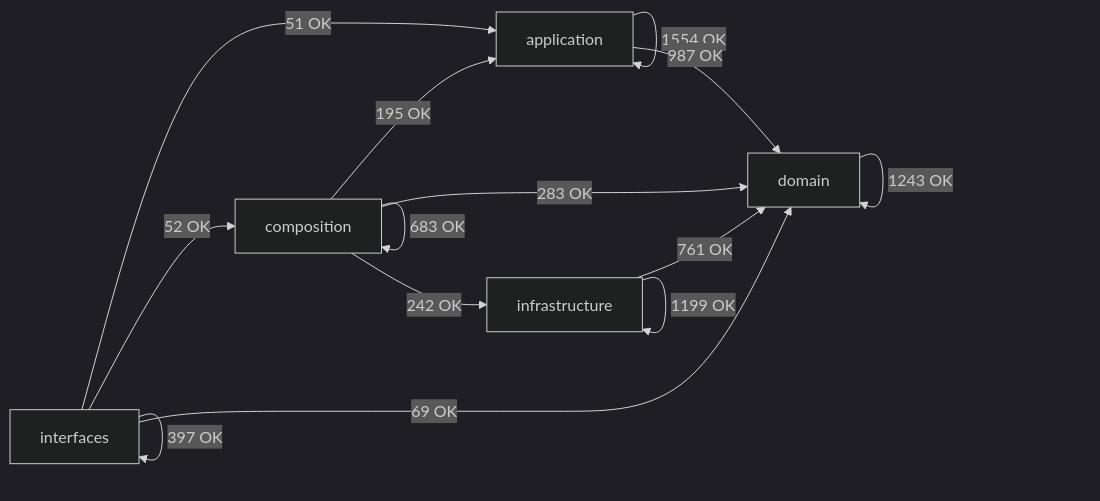
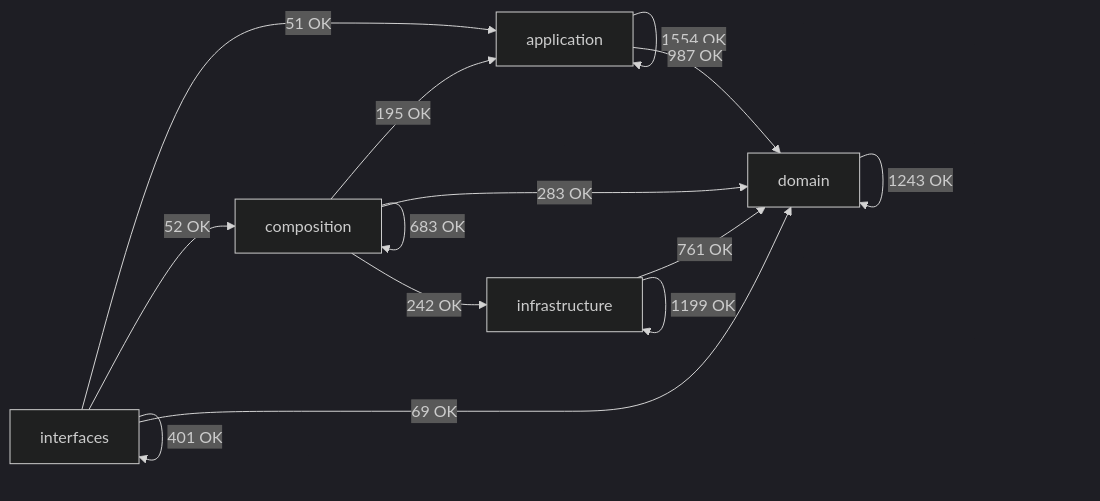
One commit to SatoryKono/BioactivityDataAcquisition changed the diagram in docs/02-architecture/generated/module-dependency-map.md. Above: the diagram before and after it, drawn with Mermaid (dark theme). The commit also changed other lines of this file and 66 other files, not shown here.

````diff
--- a/docs/02-architecture/generated/module-dependency-map.md
+++ b/docs/02-architecture/generated/module-dependency-map.md
@@ -17,21 +17,21 @@
 ```mermaid
 flowchart LR
     domain[domain]
     application[application]
     infrastructure[infrastructure]
     composition[composition]
     interfaces[interfaces]
     application -->|1554 OK| application
     application -->|987 OK| domain
     composition -->|195 OK| application
     composition -->|683 OK| composition
     composition -->|283 OK| domain
     composition -->|242 OK| infrastructure
     domain -->|1243 OK| domain
     infrastructure -->|761 OK| domain
     infrastructure -->|1199 OK| infrastructure
     interfaces -->|51 OK| application
     interfaces -->|52 OK| composition
     interfaces -->|69 OK| domain
-    interfaces -->|397 OK| interfaces
+    interfaces -->|401 OK| interfaces
 ```
````
